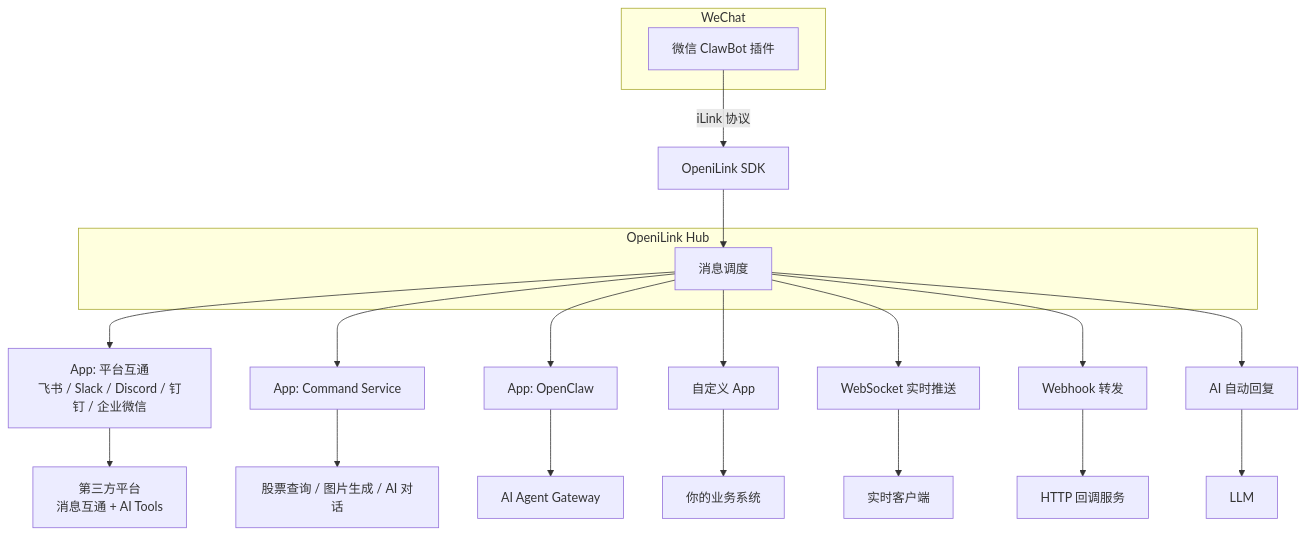
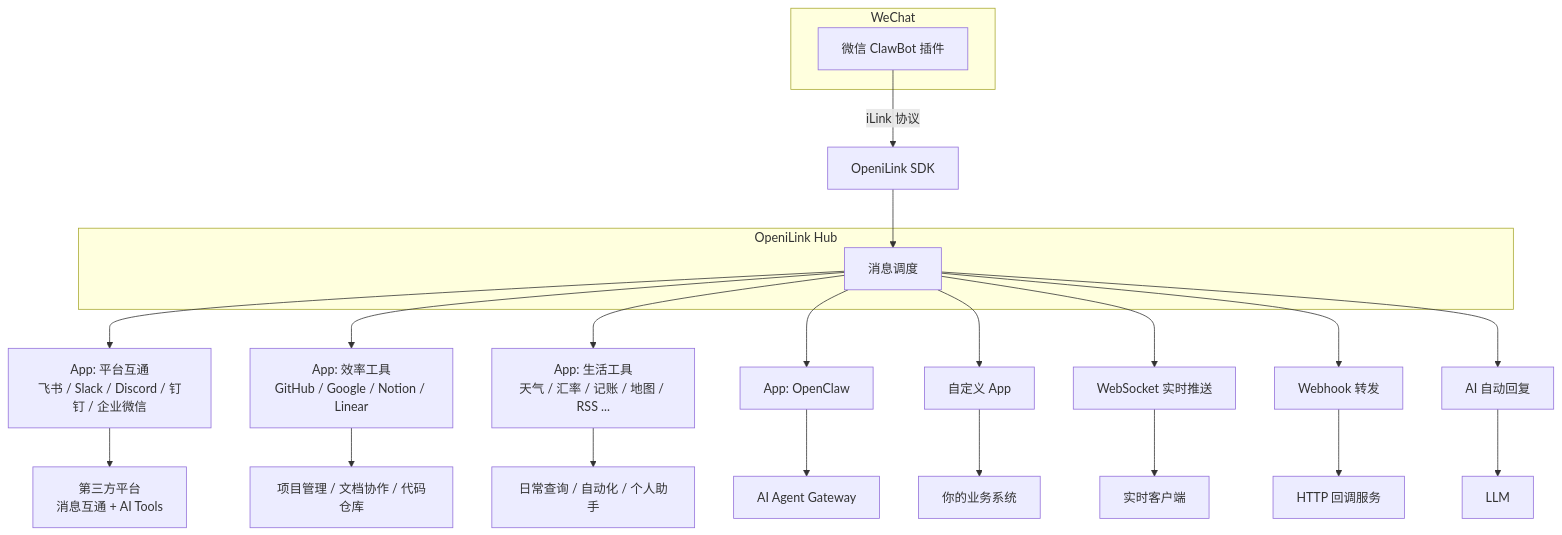
The first of 2 diagrams in README.md (andredc9048/openilink-hub), drawn with Mermaid before and after one commit. The commit also changed other lines of this file, not shown here.

Commit message:
docs: reorganize App marketplace section with categories and 20+ apps

````diff
--- a/README.md
+++ b/README.md
@@ -65,28 +65,30 @@
 ```mermaid
 flowchart TD
     subgraph WeChat
         A[微信 ClawBot 插件]
     end
 
     A -->|iLink 协议| B[OpeniLink SDK]
     subgraph OpeniLink["OpeniLink Hub"]
       C[消息调度]
     end
     B --> C
 
     C --> D[App: 平台互通<br/>飞书 / Slack / Discord / 钉钉 / 企业微信]
-    C --> E[App: Command Service]
-    C --> F[App: OpenClaw]
-    C --> G[自定义 App]
-    C --> H[WebSocket 实时推送]
-    C --> I[Webhook 转发]
-    C --> J[AI 自动回复]
+    C --> E[App: 效率工具<br/>GitHub / Google / Notion / Linear]
+    C --> F[App: 生活工具<br/>天气 / 汇率 / 记账 / 地图 / RSS ...]
+    C --> G[App: OpenClaw]
+    C --> H[自定义 App]
+    C --> I[WebSocket 实时推送]
+    C --> J[Webhook 转发]
+    C --> K[AI 自动回复]
 
-    D --> K[第三方平台<br/>消息互通 + AI Tools]
-    E --> L[股票查询 / 图片生成 / AI 对话]
-    F --> M[AI Agent Gateway]
-    G --> N[你的业务系统]
-    H --> O[实时客户端]
-    I --> P[HTTP 回调服务]
-    J --> Q[LLM]
+    D --> L[第三方平台<br/>消息互通 + AI Tools]
+    E --> M[项目管理 / 文档协作 / 代码仓库]
+    F --> N[日常查询 / 自动化 / 个人助手]
+    G --> O[AI Agent Gateway]
+    H --> P[你的业务系统]
+    I --> Q[实时客户端]
+    J --> R[HTTP 回调服务]
+    K --> S[LLM]
 ```
````
